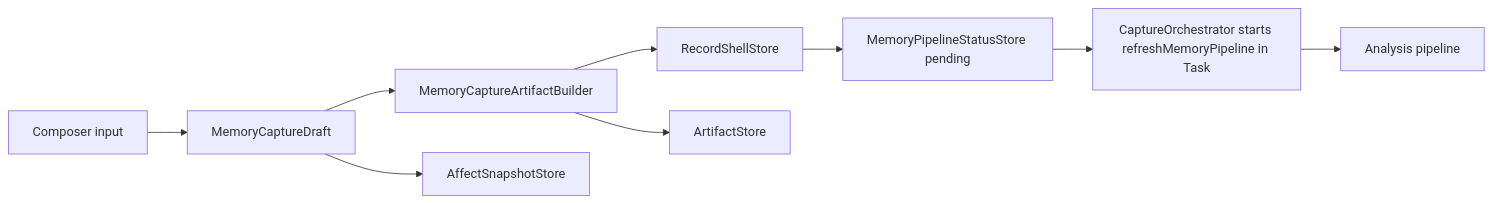
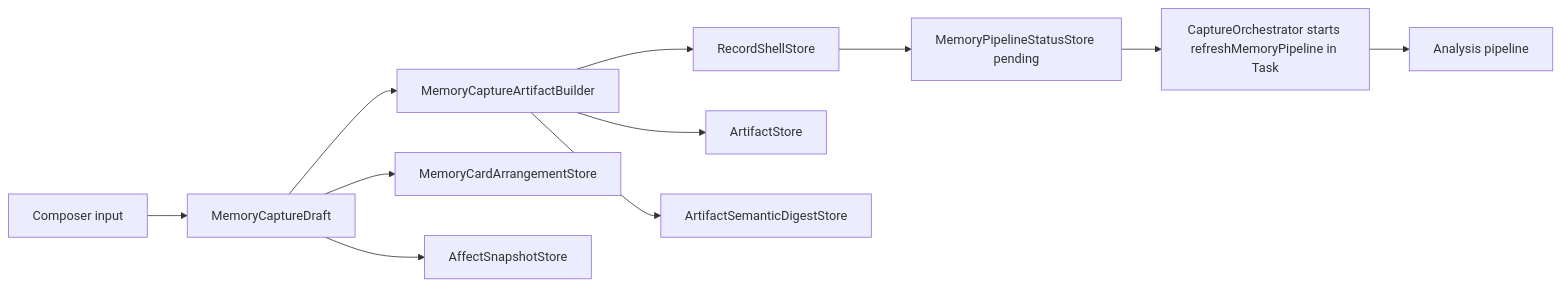
Before and after one commit to daaihang/sprout: the diagram in docs/mory_system_handbook/01_feature_inventory/capture.md, drawn with Mermaid. The commit also changed other lines of this file and 3 other files, not shown here.

Commit message:
Document record fact architecture

````diff
--- a/docs/mory_system_handbook/01_feature_inventory/capture.md
+++ b/docs/mory_system_handbook/01_feature_inventory/capture.md
@@ -45,11 +45,13 @@
 ```mermaid
 flowchart LR
     A["Composer input"] --> B["MemoryCaptureDraft"]
     B --> C["MemoryCaptureArtifactBuilder"]
     C --> D["RecordShellStore"]
     C --> E["ArtifactStore"]
-    B --> F["AffectSnapshotStore"]
-    D --> G["MemoryPipelineStatusStore pending"]
-    G --> H["CaptureOrchestrator starts refreshMemoryPipeline in Task"]
-    H --> I["Analysis pipeline"]
+    C --> F["ArtifactSemanticDigestStore"]
+    B --> G["MemoryCardArrangementStore"]
+    B --> H["AffectSnapshotStore"]
+    D --> I["MemoryPipelineStatusStore pending"]
+    I --> J["CaptureOrchestrator starts refreshMemoryPipeline in Task"]
+    J --> K["Analysis pipeline"]
 ```
````
